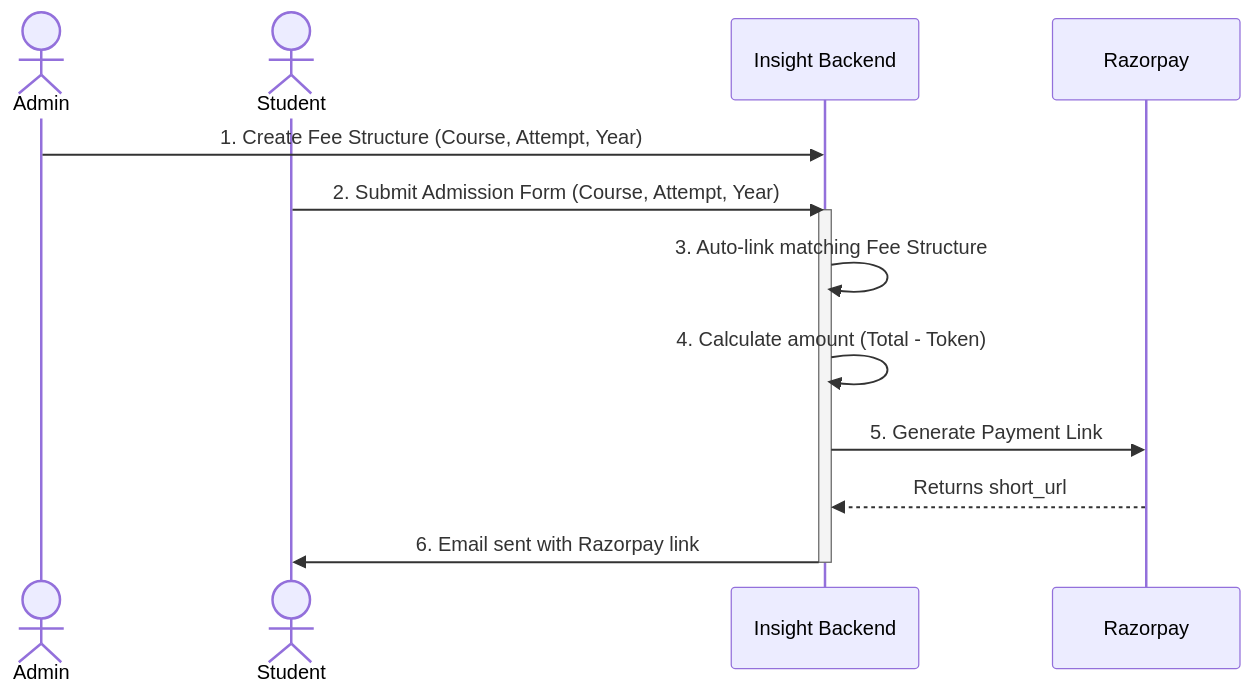
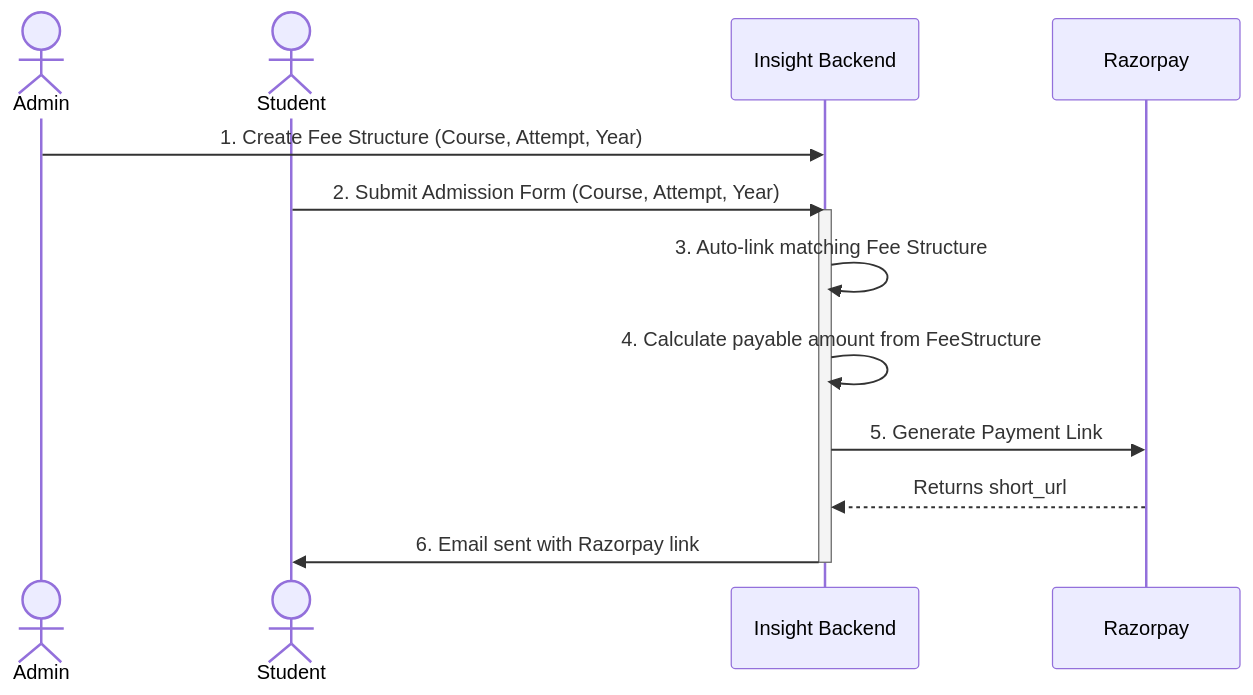
The diagram in admission_fee_flow.md (jmsharshil/Insight), drawn with Mermaid before and after one commit. The commit also changed other lines of this file and 5 other files, not shown here.

````diff
--- a/admission_fee_flow.md
+++ b/admission_fee_flow.md
@@ -5,18 +5,18 @@
 ```mermaid
 sequenceDiagram
     actor Admin
     actor Student
     participant System as Insight Backend
     participant Razorpay
     
     Admin->>System: 1. Create Fee Structure (Course, Attempt, Year)
     Student->>System: 2. Submit Admission Form (Course, Attempt, Year)
     
     activate System
     System->>System: 3. Auto-link matching Fee Structure
-    System->>System: 4. Calculate amount (Total - Token)
+    System->>System: 4. Calculate payable amount from FeeStructure
     System->>Razorpay: 5. Generate Payment Link
     Razorpay-->>System: Returns short_url
     System->>Student: 6. Email sent with Razorpay link
     deactivate System
 ```
````
